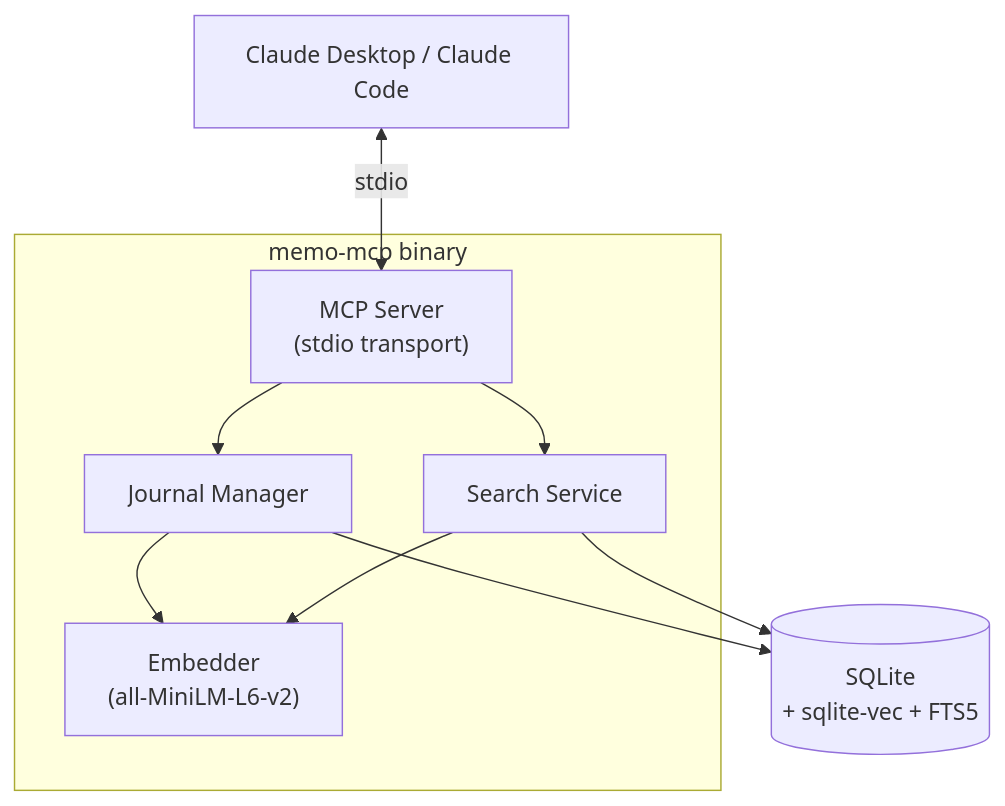
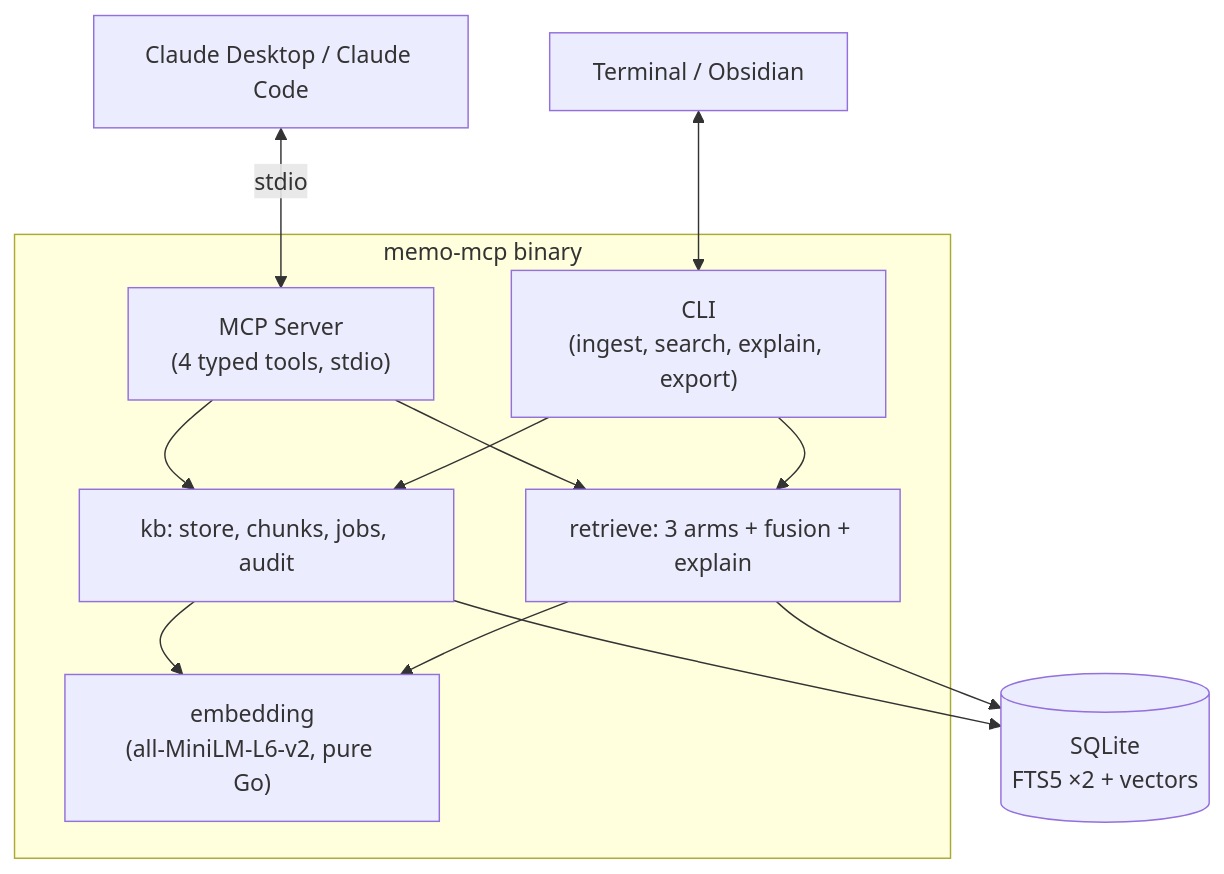
The third of 7 diagrams in slides.md (kKEo/memory-find), drawn with Mermaid before and after one commit. The commit also changed other lines of this file and 33 other files, not shown here.

Commit message:
Improve retrieval, rewrite mcp server

````diff
--- a/slides.md
+++ b/slides.md
@@ -198,19 +196,24 @@
 ```mermaid
 flowchart TB
-    Claude["Claude Desktop / Claude Code"]
+    Agent["Claude Desktop / Claude Code"]
+    Human["Terminal / Obsidian"]
     subgraph Server["memo-mcp binary"]
-        MCP["MCP Server<br/>(stdio transport)"]
-        J["Journal Manager"]
-        S["Search Service"]
-        E["Embedder<br/>(all-MiniLM-L6-v2)"]
+        MCP["MCP Server<br/>(4 typed tools, stdio)"]
+        CLI["CLI<br/>(ingest, search, explain, export)"]
+        KB["kb: store, chunks, jobs, audit"]
+        R["retrieve: 3 arms + fusion + explain"]
+        E["embedding<br/>(all-MiniLM-L6-v2, pure Go)"]
     end
-    DB[("SQLite<br/>+ sqlite-vec + FTS5")]
+    DB[("SQLite<br/>FTS5 ×2 + vectors")]
 
-    Claude <-->|stdio| MCP
-    MCP --> J
-    MCP --> S
-    J --> E
-    J --> DB
-    S --> E
-    S --> DB
+    Agent <-->|stdio| MCP
+    Human <--> CLI
+    MCP --> KB
+    MCP --> R
+    CLI --> KB
+    CLI --> R
+    KB --> E
+    R --> E
+    KB --> DB
+    R --> DB
 ```
````
